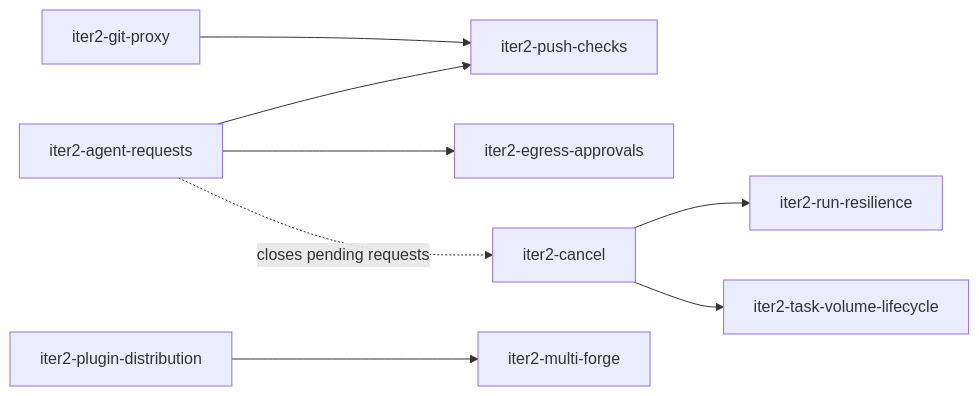
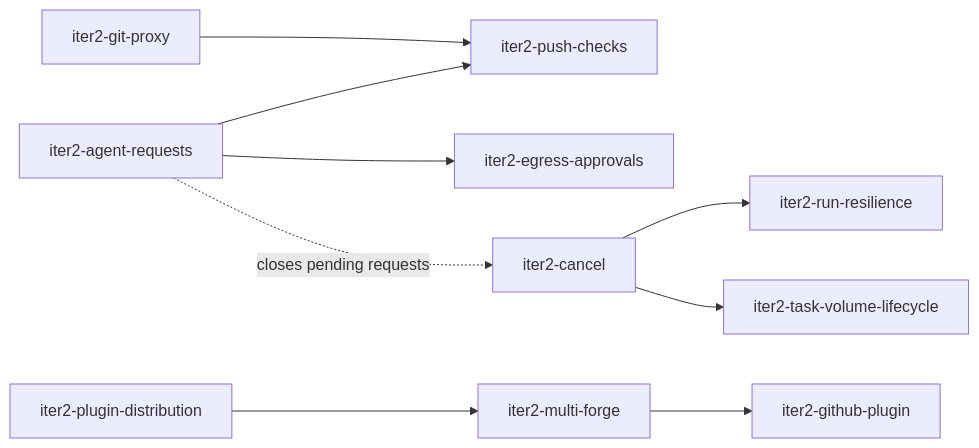
Before and after one commit to prskr/dark-factory: the diagram in product/iterations/iteration-2.md, drawn with Mermaid. The commit also changed other lines of this file and 13 other files, not shown here.

Commit message:
docs(openspec): propose iter2-github-plugin, show the forge per project in iter2-multi-forge

````diff
--- a/product/iterations/iteration-2.md
+++ b/product/iterations/iteration-2.md
@@ -29,11 +29,12 @@
 ```mermaid
 flowchart LR
   GP[iter2-git-proxy] --> PC[iter2-push-checks]
   AR[iter2-agent-requests] --> PC
   AR --> EA[iter2-egress-approvals]
   CA[iter2-cancel]
   AR -. closes pending requests .-> CA
   CA --> RR[iter2-run-resilience]
   CA --> TV[iter2-task-volume-lifecycle]
   PD[iter2-plugin-distribution] --> MF[iter2-multi-forge]
+  MF --> GH[iter2-github-plugin]
 ```
````
